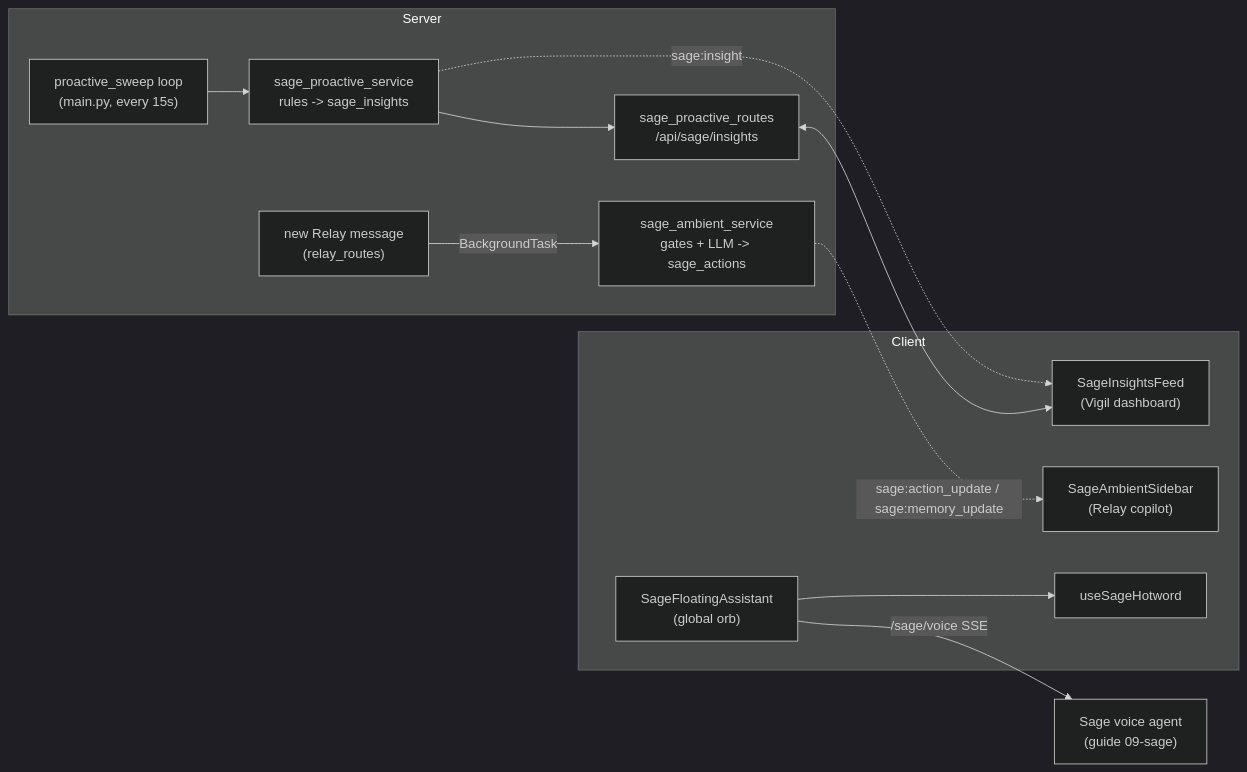
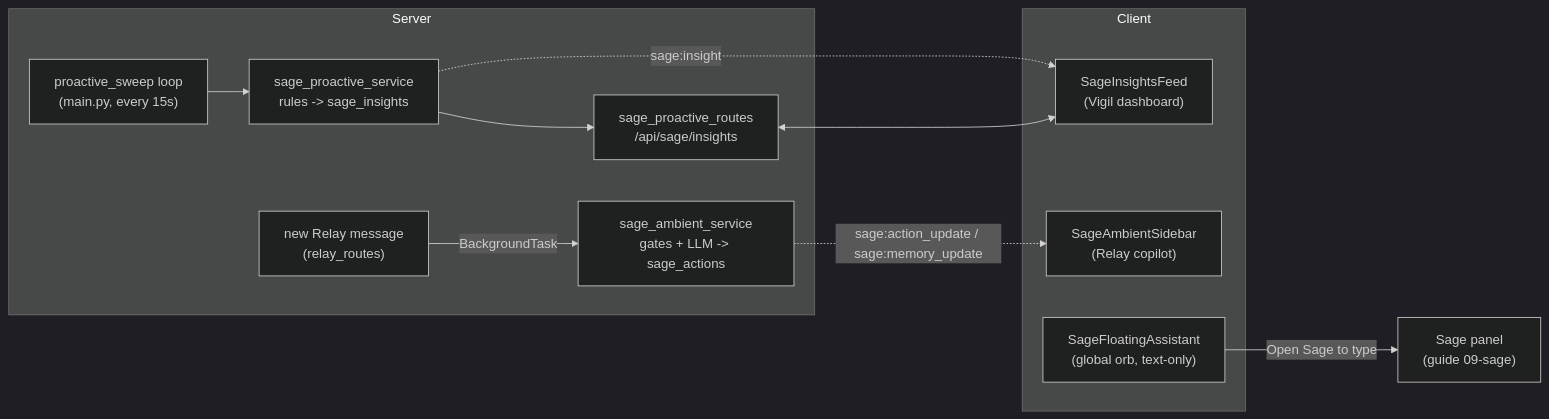
The first of 2 diagrams in docs/guide/10-sage-proactive-ambient.md (samuelmorningstar23/Orb), drawn with Mermaid (dark theme) before and after one commit. The commit also changed other lines of this file and 125 other files, not shown here.

````diff
--- a/docs/guide/10-sage-proactive-ambient.md
+++ b/docs/guide/10-sage-proactive-ambient.md
@@ -17,19 +17,17 @@
 ```mermaid
 graph LR
   subgraph Server
     SWEEP["proactive_sweep loop<br/>(main.py, every 15s)"] --> PROSVC["sage_proactive_service<br/>rules -> sage_insights"]
     RELAYMSG["new Relay message<br/>(relay_routes)"] -->|BackgroundTask| AMBSVC["sage_ambient_service<br/>gates + LLM -> sage_actions"]
     PROSVC --> PROROUTES["sage_proactive_routes<br/>/api/sage/insights"]
   end
   subgraph Client
     FEED["SageInsightsFeed<br/>(Vigil dashboard)"]
     SIDEBAR["SageAmbientSidebar<br/>(Relay copilot)"]
-    ORB["SageFloatingAssistant<br/>(global orb)"]
-    HOOK["useSageHotword"]
+    ORB["SageFloatingAssistant<br/>(global orb, text-only)"]
   end
   PROSVC -. "sage:insight" .-> FEED
   PROROUTES <--> FEED
   AMBSVC -. "sage:action_update / sage:memory_update" .-> SIDEBAR
-  ORB --> HOOK
-  ORB -->|"/sage/voice SSE"| VOICE["Sage voice agent<br/>(guide 09-sage)"]
+  ORB -->|"Open Sage to type"| PANEL["Sage panel<br/>(guide 09-sage)"]
 ```
````
